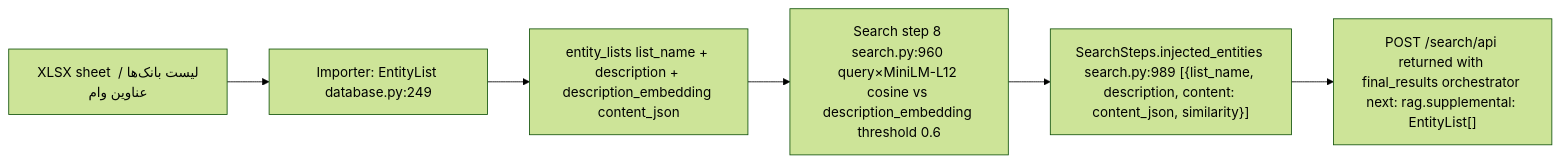
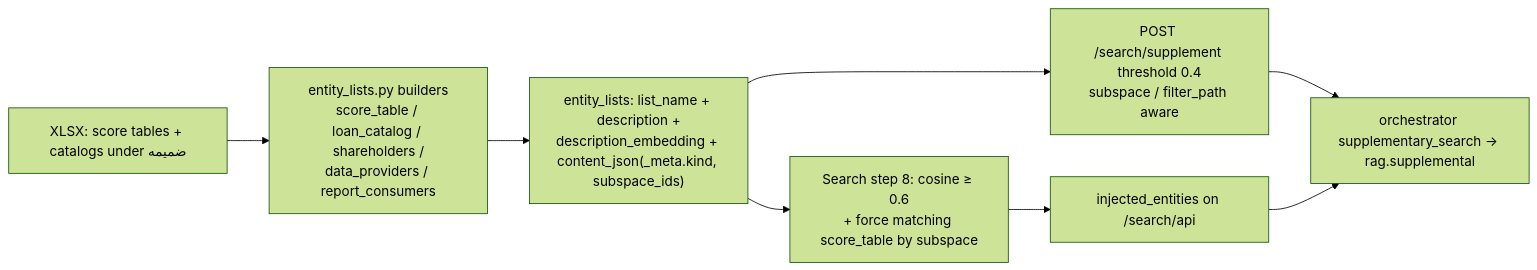
The sixth of 12 diagrams in kb-manager/README.md (AliNikkhah2001/Work_RAG-KB), drawn with Mermaid (forest theme) before and after one commit. The commit also changed other lines of this file and 4 other files, not shown here.

First line of the commit message:
feat: structured EntityLists for score tables and ضمیمه catalogs

````diff
--- a/kb-manager/README.md
+++ b/kb-manager/README.md
@@ -204,8 +209,10 @@
 ```mermaid
 flowchart LR
-    XLSX["XLSX sheet لیست بانک‌ها / عناوین وام"] --> PARSER["Importer: EntityList database.py:249"]
-    PARSER --> TBL["entity_lists list_name + description + description_embedding content_json"]
-    TBL --> STEP8["Search step 8 search.py:960 query×MiniLM-L12 cosine vs description_embedding threshold 0.6"]
-    STEP8 --> INJ["SearchSteps.injected_entities search.py:989 [{list_name, description, content: content_json, similarity}]"]
-    INJ --> API["POST /search/api returned with final_results orchestrator next: rag.supplemental: EntityList[]"]
+    XLSX["XLSX: score tables + catalogs under ضمیمه"] --> BUILD["entity_lists.py builders\nscore_table / loan_catalog / shareholders /\ndata_providers / report_consumers"]
+    BUILD --> TBL["entity_lists: list_name + description +\ndescription_embedding + content_json(_meta.kind, subspace_ids)"]
+    TBL --> STEP8["Search step 8: cosine ≥ 0.6\n+ force matching score_table by subspace"]
+    TBL --> SUP["POST /search/supplement threshold 0.4\nsubspace / filter_path aware"]
+    STEP8 --> INJ["injected_entities on /search/api"]
+    SUP --> TOOL["orchestrator supplementary_search → rag.supplemental"]
+    INJ --> TOOL
 ```
````
